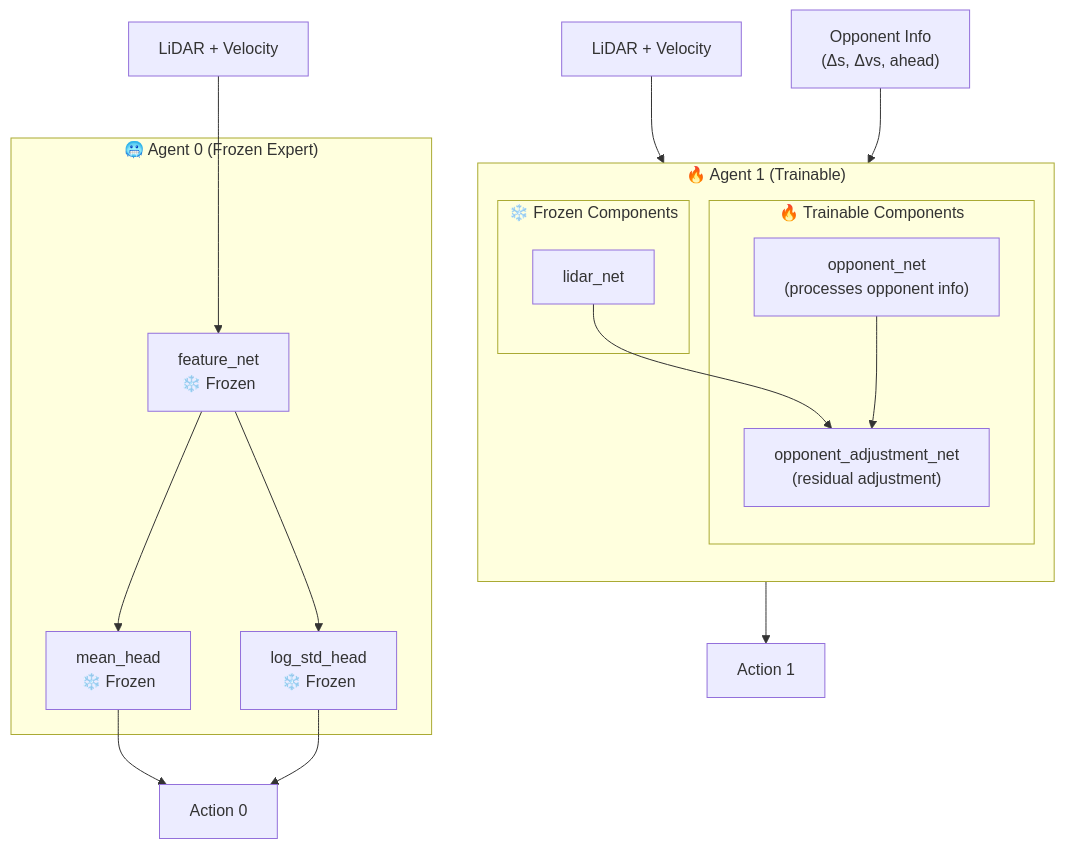
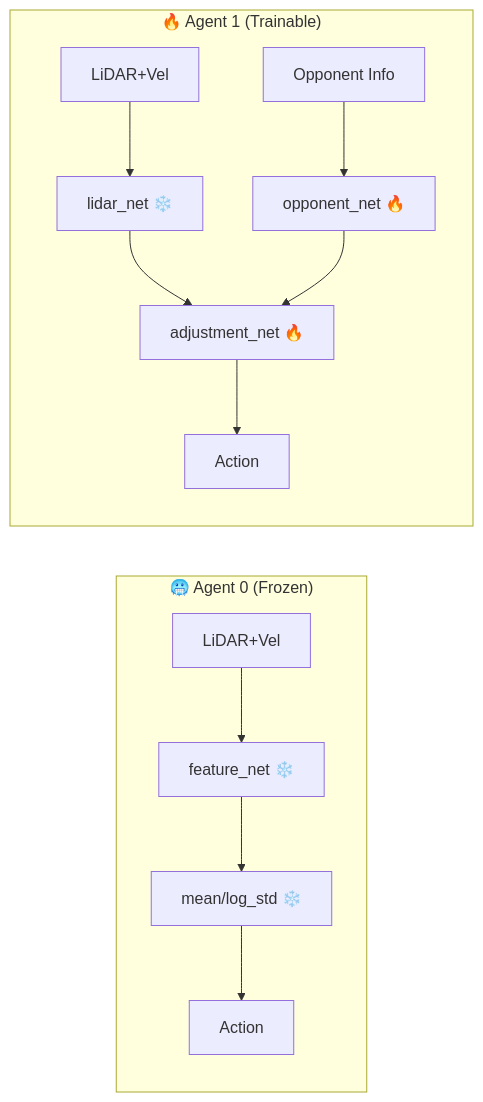
One commit to leesg0107/leesg0107.github.io changed the fifth of 8 diagrams in _posts/project/2025-11-22-agent-mcqueen.md. Above: the diagram before and after it, drawn with Mermaid. The commit also changed other lines of this file, not shown here.

First line of the commit message:
Change vertical Mermaid diagrams to horizontal layout

```diff
--- a/_posts/project/2025-11-22-agent-mcqueen.md
+++ b/_posts/project/2025-11-22-agent-mcqueen.md
@@ -220,29 +209,14 @@
 <div class="mermaid">
-flowchart TB
-    subgraph AGENT0["🥶 Agent 0 (Frozen Expert)"]
-        F0["feature_net<br/>❄️ Frozen"]
-        M0["mean_head<br/>❄️ Frozen"]
-        L0["log_std_head<br/>❄️ Frozen"]
+flowchart LR
+    subgraph AGENT0["🥶 Agent 0 (Frozen)"]
+        OBS0["LiDAR+Vel"] --> F0["feature_net ❄️"] --> M0["mean/log_std ❄️"] --> ACT0["Action"]
     end
 
     subgraph AGENT1["🔥 Agent 1 (Trainable)"]
-        direction TB
-        subgraph FROZEN1["❄️ Frozen Components"]
-            LN1["lidar_net"]
-        end
-        subgraph TRAIN1["🔥 Trainable Components"]
-            ON["opponent_net<br/>(processes opponent info)"]
-            OAN["opponent_adjustment_net<br/>(residual adjustment)"]
-        end
+        OBS1["LiDAR+Vel"] --> LN1["lidar_net ❄️"]
+        OPPINFO["Opponent Info"] --> ON["opponent_net 🔥"]
+        LN1 --> OAN["adjustment_net 🔥"]
+        ON --> OAN
+        OAN --> ACT1["Action"]
     end
-
-    OBS0["LiDAR + Velocity"] --> F0
-    F0 --> M0 & L0
-    M0 & L0 --> ACT0["Action 0"]
-
-    OBS1["LiDAR + Velocity"] --> LN1
-    OPPINFO["Opponent Info<br/>(Δs, Δvs, ahead)"] --> ON
-    LN1 --> OAN
-    ON --> OAN
-    OAN --> ACT1["Action 1"]
 </div>
```
